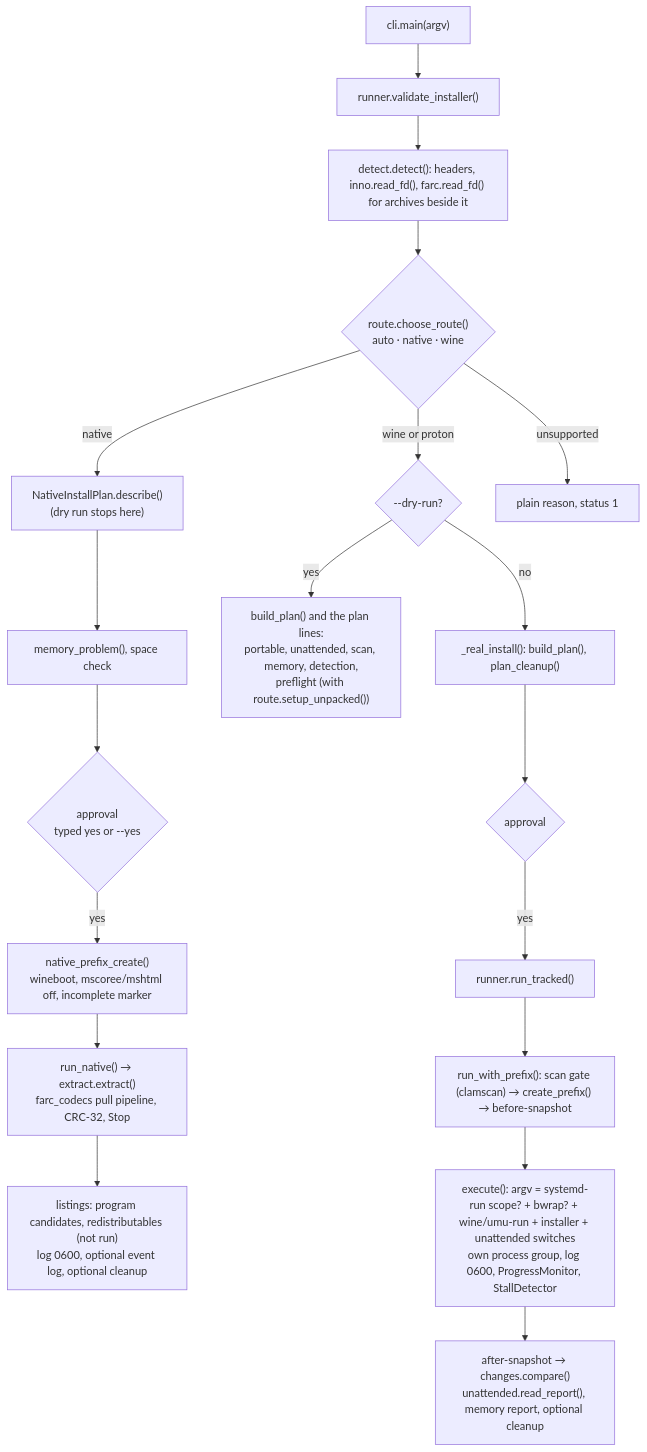
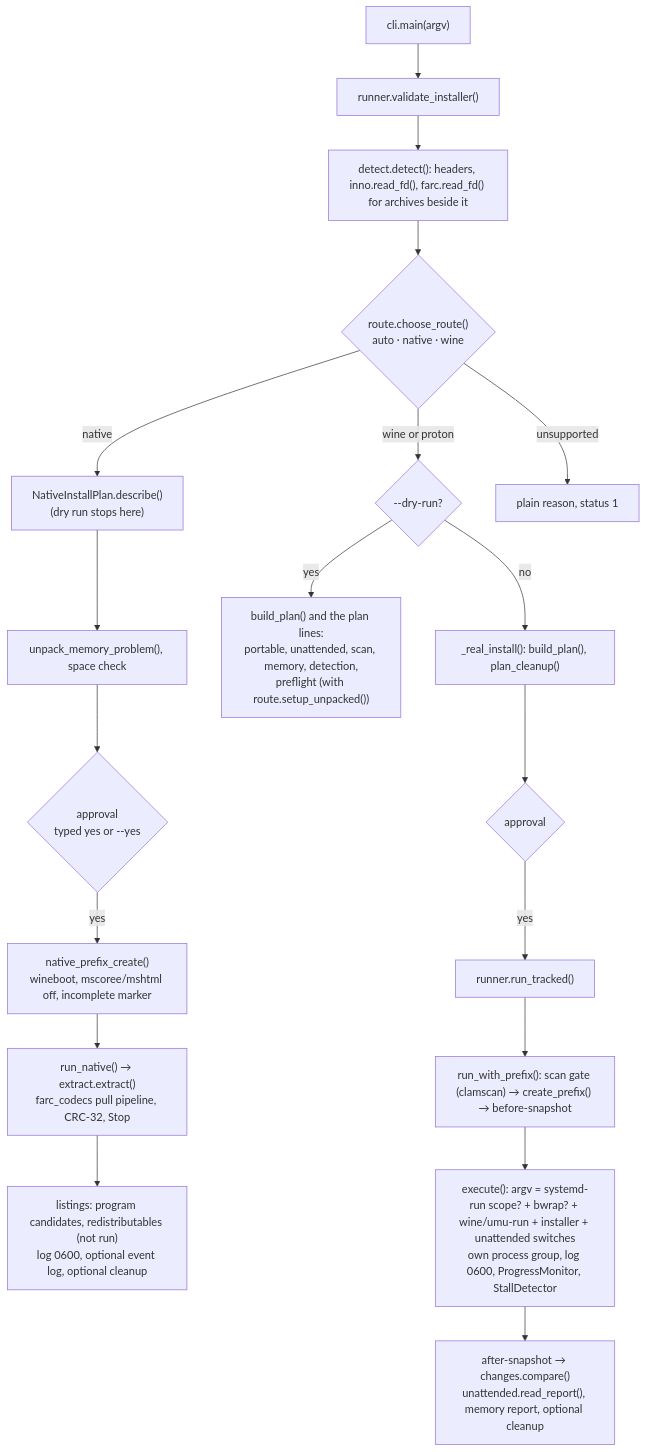
Before and after one commit to undecuple/gitfurl: the third of 6 diagrams in docs/code-map.md, drawn with Mermaid. The commit also changed other lines of this file and 12 other files, not shown here.

````diff
--- a/docs/code-map.md
+++ b/docs/code-map.md
@@ -102,21 +102,21 @@
 ```mermaid
 flowchart TD
   A["cli.main(argv)"] --> B["runner.validate_installer()"]
   B --> C["detect.detect(): headers, inno.read_fd(), farc.read_fd() for archives beside it"]
   C --> D{"route.choose_route()<br/>auto · native · wine"}
   D -->|native| N1["NativeInstallPlan.describe()<br/>(dry run stops here)"]
-  N1 --> N2["memory_problem(), space check"]
+  N1 --> N2["unpack_memory_problem(), space check"]
   N2 --> N3{"approval<br/>typed yes or --yes"}
   N3 -->|yes| N4["native_prefix_create()<br/>wineboot, mscoree/mshtml off, incomplete marker"]
   N4 --> N5["run_native() → extract.extract()<br/>farc_codecs pull pipeline, CRC-32, Stop"]
   N5 --> N6["listings: program candidates, redistributables (not run)<br/>log 0600, optional event log, optional cleanup"]
   D -->|wine or proton| W0{"--dry-run?"}
   W0 -->|yes| W1["build_plan() and the plan lines:<br/>portable, unattended, scan, memory, detection,<br/>preflight (with route.setup_unpacked())"]
   W0 -->|no| W2["_real_install(): build_plan(), plan_cleanup()"]
   W2 --> W3{"approval"}
   W3 -->|yes| W4["runner.run_tracked()"]
   W4 --> W5["run_with_prefix(): scan gate (clamscan) → create_prefix() → before-snapshot"]
   W5 --> W6["execute(): argv = systemd-run scope? + bwrap? + wine/umu-run + installer + unattended switches<br/>own process group, log 0600, ProgressMonitor, StallDetector"]
   W6 --> W7["after-snapshot → changes.compare()<br/>unattended.read_report(), memory report, optional cleanup"]
   D -->|unsupported| X["plain reason, status 1"]
 ```
````
